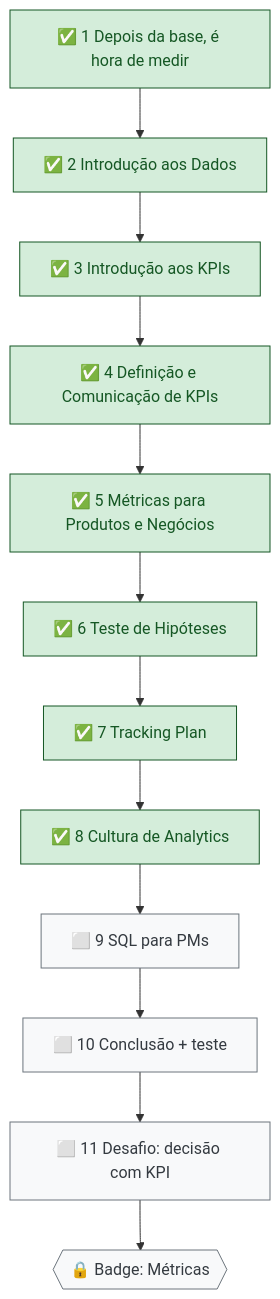
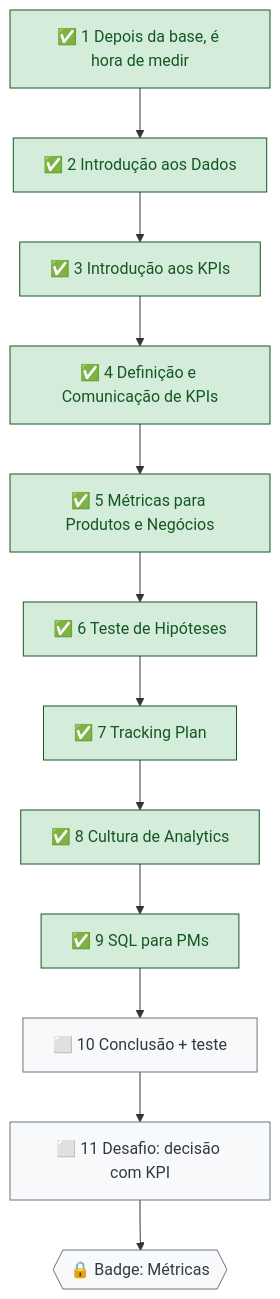
The third of 3 diagrams in mapa-de-estudos.md (letsprown-code/po-learning-journal), drawn with Mermaid before and after one commit. The commit also changed other lines of this file and 5 other files, not shown here.

First line of the commit message:
DPL 02 aula 9: SQL para PMs (nota, imagem da anatomia da query, glossário)

```diff
--- a/mapa-de-estudos.md
+++ b/mapa-de-estudos.md
@@ -104,12 +104,12 @@
 ~~~mermaid
 flowchart TD
     N1["✅ 1 Depois da base, é hora de medir"] --> N2["✅ 2 Introdução aos Dados"] --> N3["✅ 3 Introdução aos KPIs"]
     N3 --> N4["✅ 4 Definição e Comunicação de KPIs"] --> N5["✅ 5 Métricas para Produtos e Negócios"] --> N6["✅ 6 Teste de Hipóteses"]
-    N6 --> N7["✅ 7 Tracking Plan"] --> N8["✅ 8 Cultura de Analytics"] --> N9["⬜ 9 SQL para PMs"]
+    N6 --> N7["✅ 7 Tracking Plan"] --> N8["✅ 8 Cultura de Analytics"] --> N9["✅ 9 SQL para PMs"]
     N9 --> N10["⬜ 10 Conclusão + teste"] --> N11["⬜ 11 Desafio: decisão com KPI"]
     N11 --> B2{{"🔒 Badge: Métricas"}}
     classDef done fill:#d4edda,stroke:#155724,color:#155724
     classDef todo fill:#f8f9fa,stroke:#6c757d,color:#343a40
-    class N1,N2,N3,N4,N5,N6,N7,N8 done
-    class N9,N10,N11,B2 todo
+    class N1,N2,N3,N4,N5,N6,N7,N8,N9 done
+    class N10,N11,B2 todo
 ~~~
```
